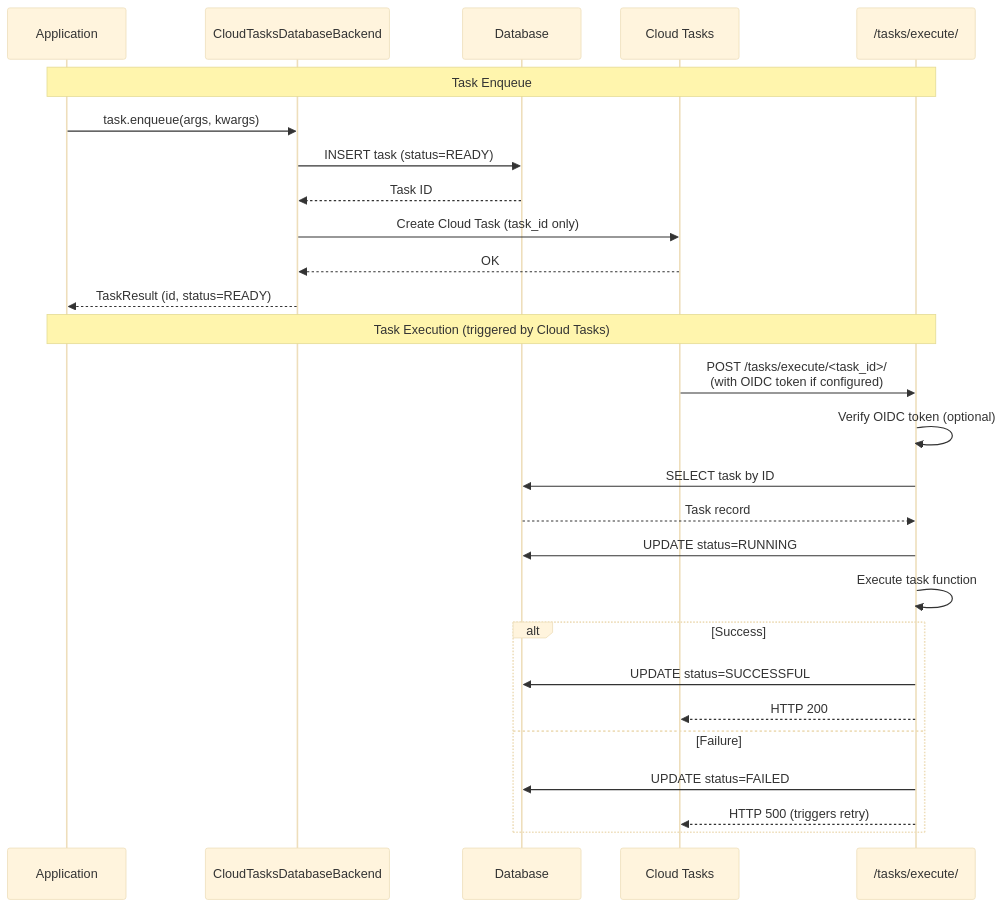
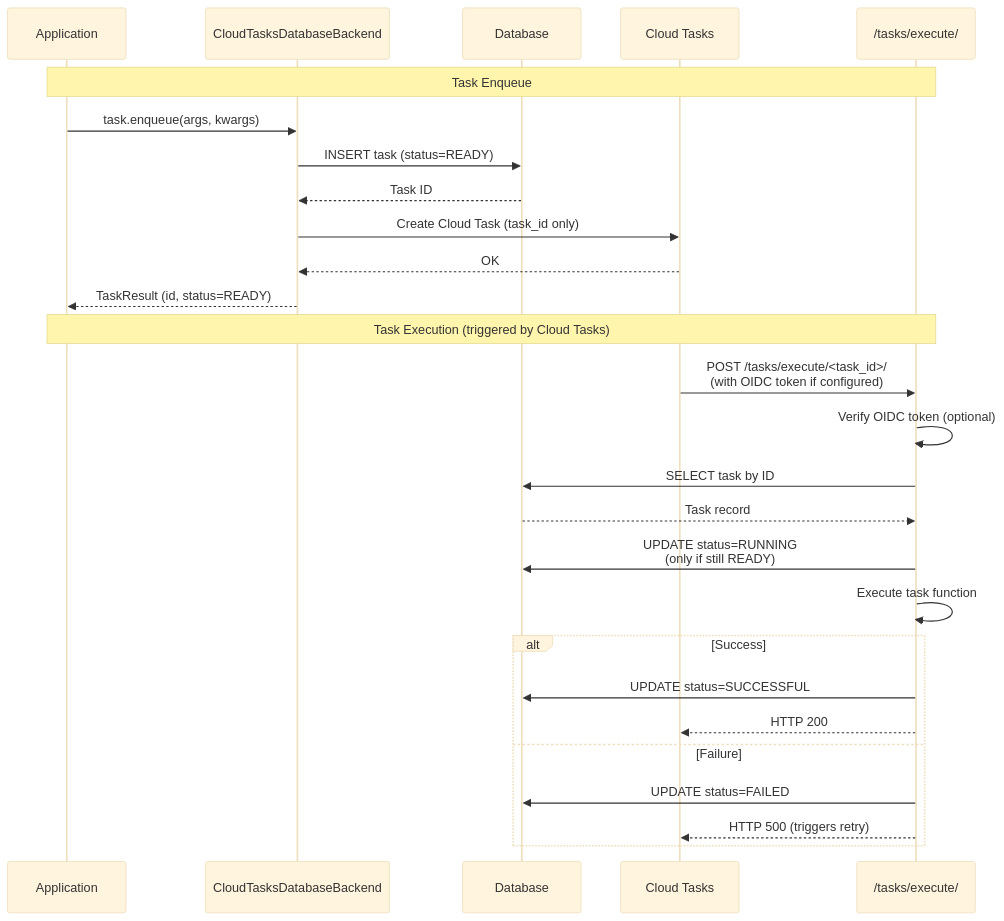
The third of 4 diagrams in README.md (tokibito/django-database-task), drawn with Mermaid (base theme) before and after one commit. The commit also changed other lines of this file and 12 other files, not shown here.

````diff
--- a/README.md
+++ b/README.md
@@ -1672,31 +1672,31 @@
 ```mermaid
 sequenceDiagram
     participant App as Application
     participant Backend as CloudTasksDatabaseBackend
     participant DB as Database
     participant CT as Cloud Tasks
     participant Handler as /tasks/execute/
 
     Note over App,Handler: Task Enqueue
     App->>Backend: task.enqueue(args, kwargs)
     Backend->>DB: INSERT task (status=READY)
     DB-->>Backend: Task ID
     Backend->>CT: Create Cloud Task (task_id only)
     CT-->>Backend: OK
     Backend-->>App: TaskResult (id, status=READY)
 
     Note over App,Handler: Task Execution (triggered by Cloud Tasks)
     CT->>Handler: POST /tasks/execute/<task_id>/<br/>(with OIDC token if configured)
     Handler->>Handler: Verify OIDC token (optional)
     Handler->>DB: SELECT task by ID
     DB-->>Handler: Task record
-    Handler->>DB: UPDATE status=RUNNING
+    Handler->>DB: UPDATE status=RUNNING<br/>(only if still READY)
     Handler->>Handler: Execute task function
     alt Success
         Handler->>DB: UPDATE status=SUCCESSFUL
         Handler-->>CT: HTTP 200
     else Failure
         Handler->>DB: UPDATE status=FAILED
         Handler-->>CT: HTTP 500 (triggers retry)
     end
 ```
````
